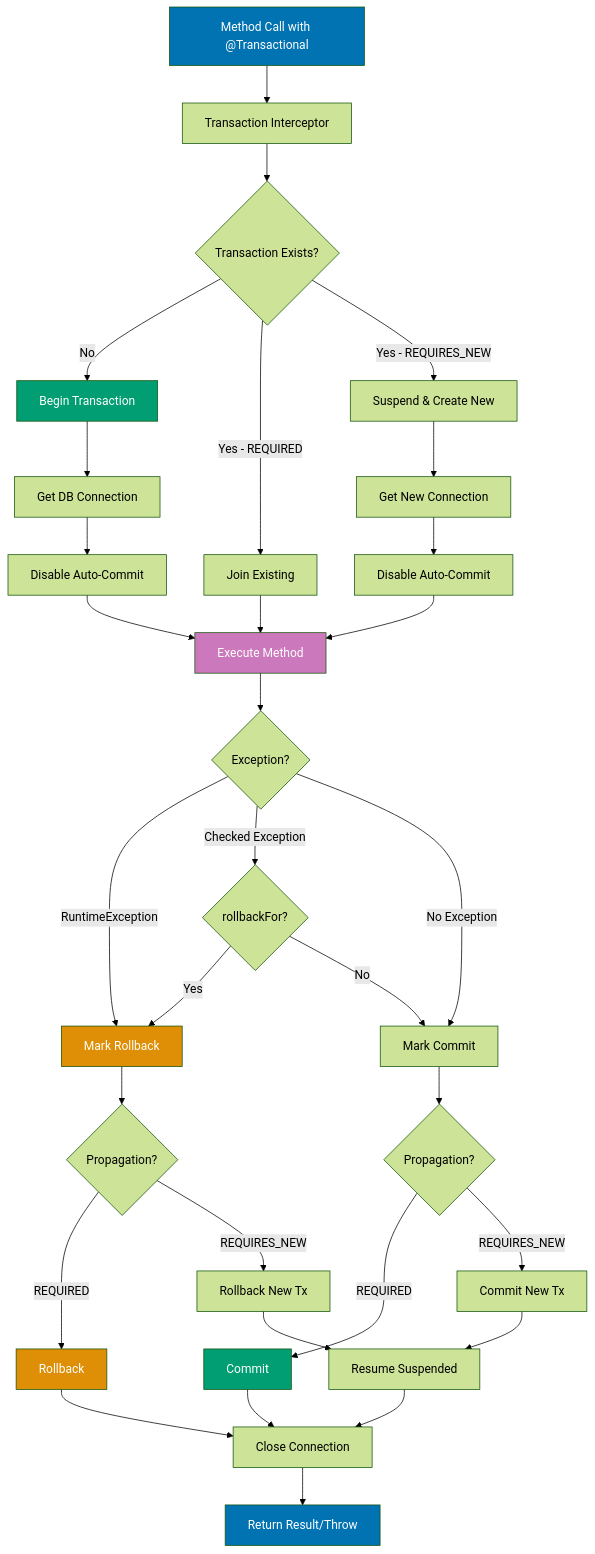
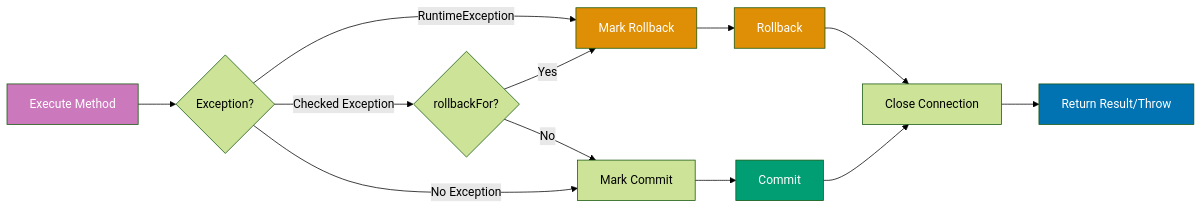
One commit to wahidyankf/open-sharia-enterprise changed the second of 2 diagrams in docs/explanation/software-engineering/platform-web/tools/jvm-spring-boot/data-access.md. Above: the diagram before and after it, drawn with Mermaid (forest theme). The commit also changed other lines of this file and 22 other files, not shown here.

First line of the commit message:
fix(docs): fix mermaid violations in platform-web docs

````diff
--- a/docs/explanation/software-engineering/platform-web/tools/jvm-spring-boot/data-access.md
+++ b/docs/explanation/software-engineering/platform-web/tools/jvm-spring-boot/data-access.md
@@ -1017,52 +1039,23 @@
 ```mermaid
 %% Color Palette: Blue #0173B2, Orange #DE8F05, Teal #029E73, Purple #CC78BC
 %% All colors are color-blind friendly and meet WCAG AA contrast standards
 
-graph TD
-    A[Method Call with @Transactional] --> B[Transaction Interceptor]
-    B --> C{Transaction Exists?}
-    C -->|No| D[Begin Transaction]
-    C -->|Yes - REQUIRED| E[Join Existing]
-    C -->|Yes - REQUIRES_NEW| F[Suspend & Create New]
-
-    D --> G[Get DB Connection]
-    G --> H[Disable Auto-Commit]
-    H --> I[Execute Method]
-
-    E --> I
-    F --> J[Get New Connection]
-    J --> K[Disable Auto-Commit]
-    K --> I
-
-    I --> L{Exception?}
+graph LR
+    I[Execute Method] --> L{Exception?}
     L -->|RuntimeException| M[Mark Rollback]
     L -->|Checked Exception| N{rollbackFor?}
     L -->|No Exception| O[Mark Commit]
-
     N -->|Yes| M
     N -->|No| O
-
-    M --> P{Propagation?}
-    P -->|REQUIRED| Q[Rollback]
-    P -->|REQUIRES_NEW| R[Rollback New Tx]
-
-    O --> S{Propagation?}
-    S -->|REQUIRED| T[Commit]
-    S -->|REQUIRES_NEW| U[Commit New Tx]
-
+    M --> Q[Rollback]
+    O --> T[Commit]
     Q --> V[Close Connection]
-    R --> W[Resume Suspended]
     T --> V
-    U --> W
-
-    W --> V
     V --> X[Return Result/Throw]
 
-    style A fill:#0173B2,color:#fff
-    style D fill:#029E73,color:#fff
     style I fill:#CC78BC,color:#fff
     style M fill:#DE8F05,color:#fff
     style Q fill:#DE8F05,color:#fff
     style T fill:#029E73,color:#fff
     style X fill:#0173B2,color:#fff
 ```
````
